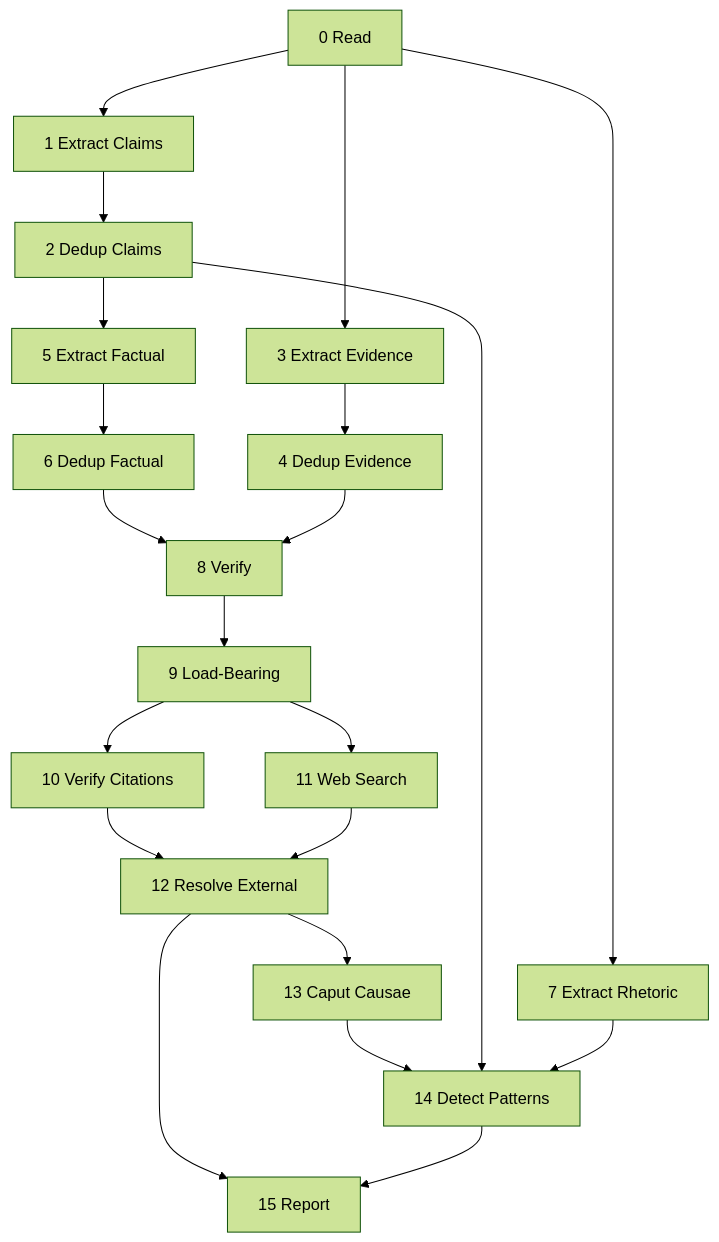
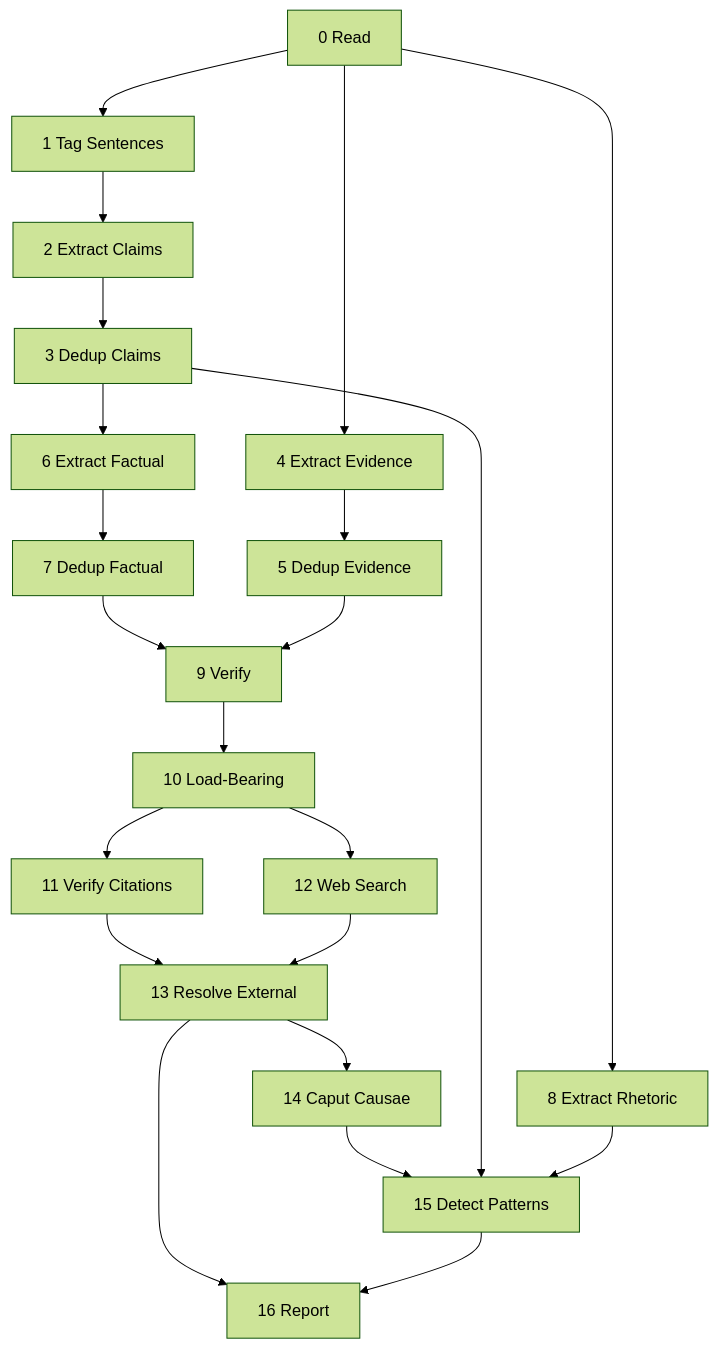
Before and after one commit to sabriguenes/wg21-paperflow: the diagram in packages/dissect/src/dissect/dissect.md, drawn with Mermaid (forest theme). The commit also changed other lines of this file and 66 other files, not shown here.

````diff
--- a/packages/dissect/src/dissect/dissect.md
+++ b/packages/dissect/src/dissect/dissect.md
@@ -5,23 +5,24 @@
 ```mermaid
 flowchart TD
-    S0[0 Read] --> S1[1 Extract Claims]
-    S1 --> S2[2 Dedup Claims]
-    S0 --> S3[3 Extract Evidence]
-    S3 --> S4[4 Dedup Evidence]
-    S2 --> S5[5 Extract Factual]
-    S5 --> S6[6 Dedup Factual]
-    S0 --> S7[7 Extract Rhetoric]
-    S6 --> S8[8 Verify]
-    S4 --> S8
-    S8 --> S9[9 Load-Bearing]
-    S9 --> S10[10 Verify Citations]
-    S9 --> S11[11 Web Search]
-    S10 --> S12[12 Resolve External]
-    S11 --> S12
-    S12 --> S13[13 Caput Causae]
-    S13 --> S14[14 Detect Patterns]
-    S2 --> S14
-    S7 --> S14
-    S12 --> S15[15 Report]
-    S14 --> S15
+    S0[0 Read] --> S1[1 Tag Sentences]
+    S1 --> S2[2 Extract Claims]
+    S2 --> S3[3 Dedup Claims]
+    S0 --> S4[4 Extract Evidence]
+    S4 --> S5[5 Dedup Evidence]
+    S3 --> S6[6 Extract Factual]
+    S6 --> S7[7 Dedup Factual]
+    S0 --> S8[8 Extract Rhetoric]
+    S7 --> S9[9 Verify]
+    S5 --> S9
+    S9 --> S10[10 Load-Bearing]
+    S10 --> S11[11 Verify Citations]
+    S10 --> S12[12 Web Search]
+    S11 --> S13[13 Resolve External]
+    S12 --> S13
+    S13 --> S14[14 Caput Causae]
+    S14 --> S15[15 Detect Patterns]
+    S3 --> S15
+    S8 --> S15
+    S13 --> S16[16 Report]
+    S15 --> S16
 ```
````
